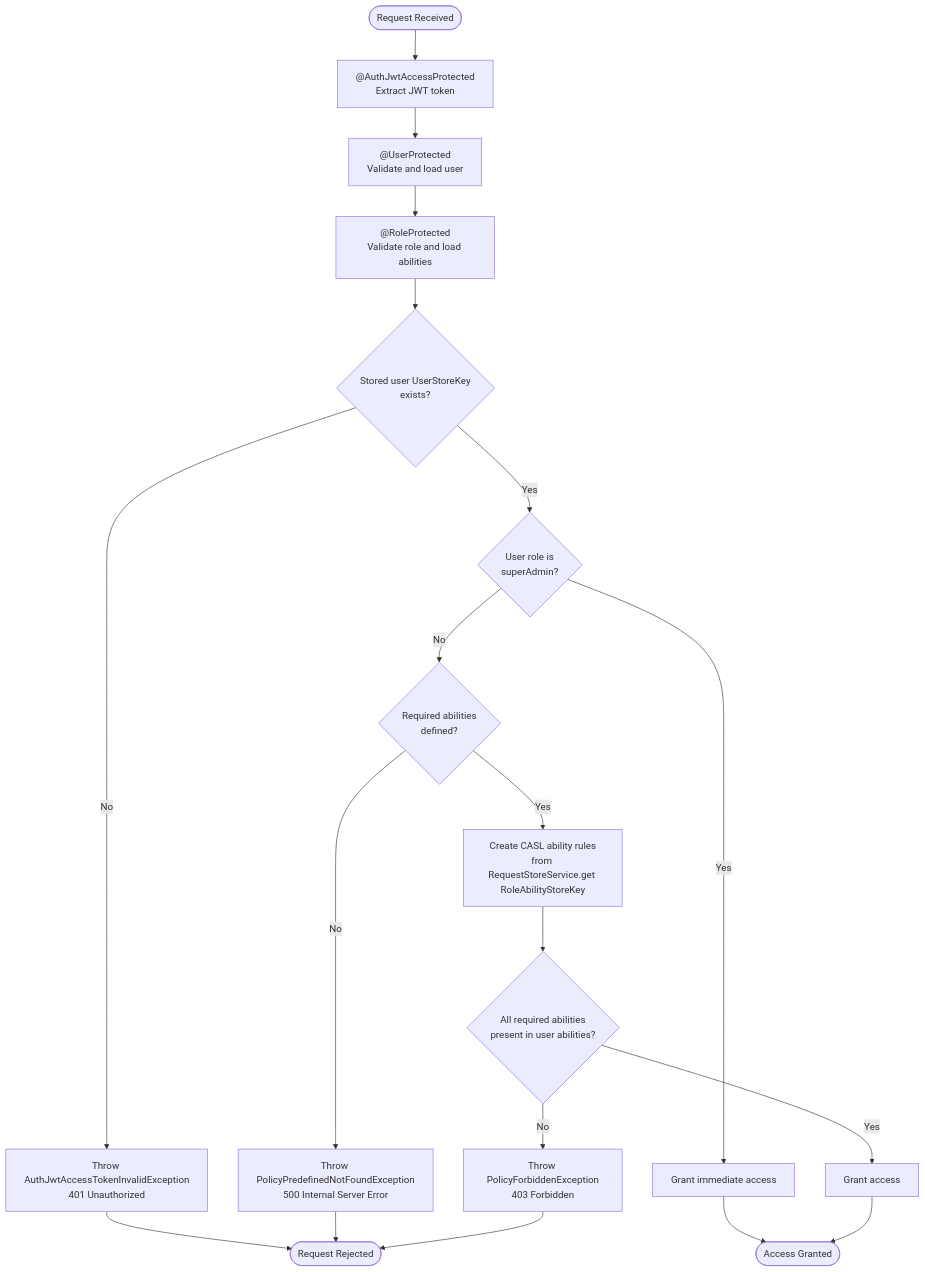
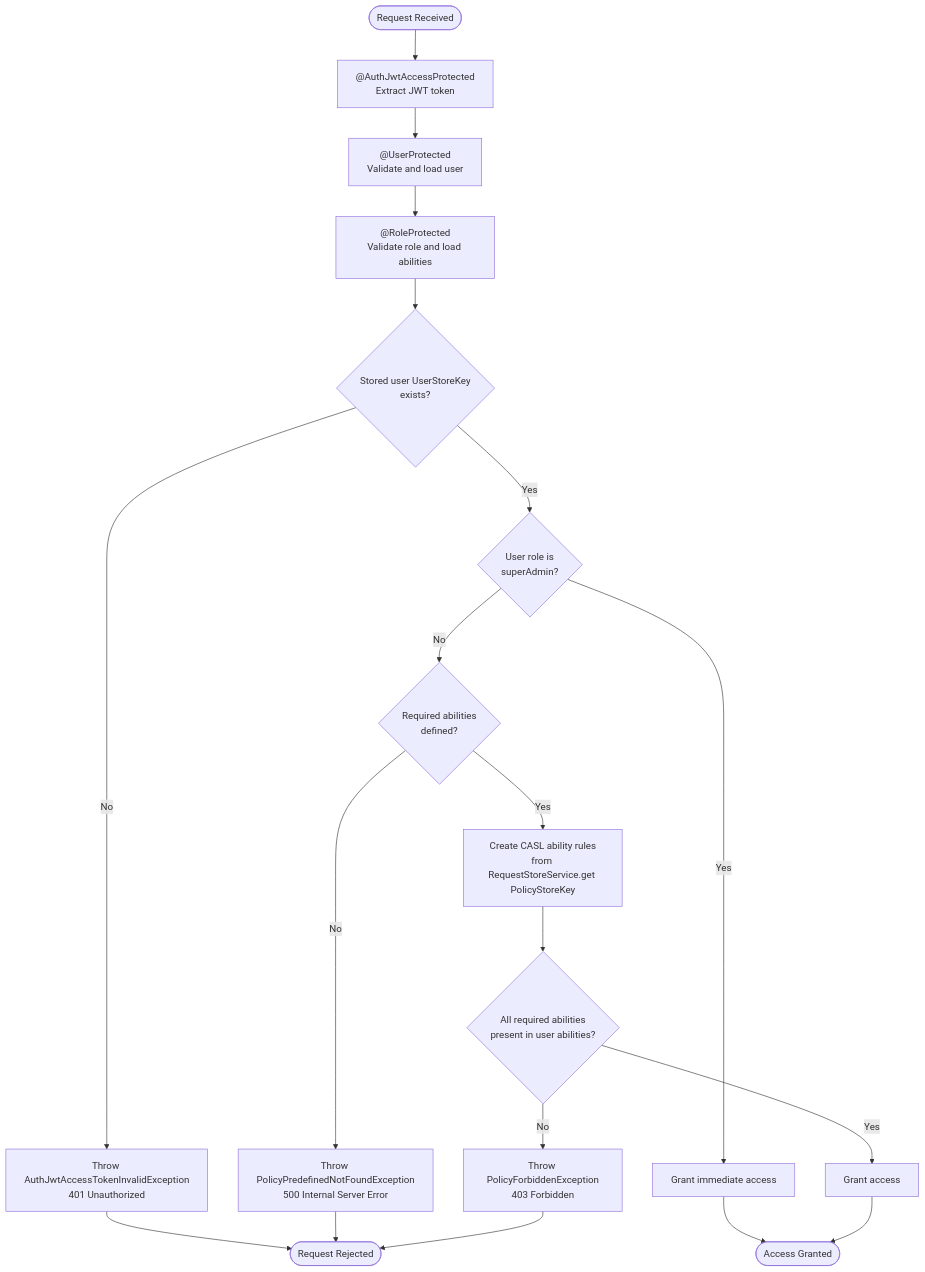
One commit to andrechristikan/ack-nestjs-boilerplate changed the third of 5 diagrams in docs/authorization.md. Above: the diagram before and after it, drawn with Mermaid. The commit also changed other lines of this file and 56 other files, not shown here.

````diff
--- a/docs/authorization.md
+++ b/docs/authorization.md
@@ -421,28 +426,28 @@
 ```mermaid
 flowchart TD
     Start([Request Received]) --> JwtGuard[ @AuthJwtAccessProtected<br/>Extract JWT token]
     JwtGuard --> UserGuard[ @UserProtected<br/>Validate and load user]
     UserGuard --> RoleGuard[ @RoleProtected<br/>Validate role and load abilities]
     RoleGuard --> CheckUser{Stored user UserStoreKey<br/>exists?}
     
     CheckUser -->|No| ErrorUser[Throw AuthJwtAccessTokenInvalidException<br/>401 Unauthorized]
     CheckUser -->|Yes| CheckSuperAdmin{User role is<br/>superAdmin?}
     
     CheckSuperAdmin -->|Yes| GrantSuperAdmin[Grant immediate access]
     CheckSuperAdmin -->|No| CheckRequired{Required abilities<br/>defined?}
     
     CheckRequired -->|No| ErrorPredefined[Throw PolicyPredefinedNotFoundException<br/>500 Internal Server Error]
-    CheckRequired -->|Yes| CreateAbilities[Create CASL ability rules<br/>from RequestStoreService.get RoleAbilityStoreKey]
+    CheckRequired -->|Yes| CreateAbilities[Create CASL ability rules<br/>from RequestStoreService.get PolicyStoreKey]
     
     CreateAbilities --> ValidateAbilities{All required abilities<br/>present in user abilities?}
     
     ValidateAbilities -->|No| ErrorForbidden[Throw PolicyForbiddenException<br/>403 Forbidden]
     ValidateAbilities -->|Yes| GrantAccess[Grant access]
     
     GrantSuperAdmin --> Success([Access Granted])
     GrantAccess --> Success
     
     ErrorUser --> End([Request Rejected])
     ErrorPredefined --> End
     ErrorForbidden --> End
 ```
````
